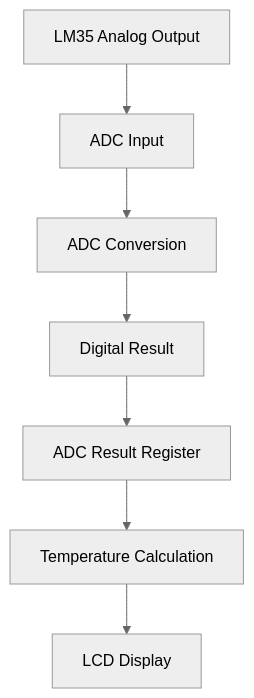
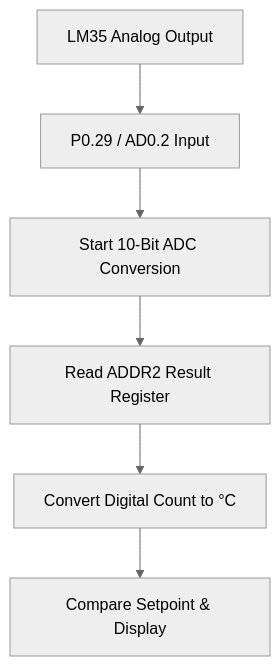
One commit to maghambhanu/LPC2148-Industrial-Environment-Monitor changed the third of 10 diagrams in README.md. Above: the diagram before and after it, drawn with Mermaid (neutral theme). The commit also changed other lines of this file, not shown here.

````diff
--- a/README.md
+++ b/README.md
@@ -149,9 +154,8 @@
 ```mermaid
 flowchart TD
-    A[LM35 Analog Output] --> B[ADC Input]
-    B --> C[ADC Conversion]
-    C --> D[Digital Result]
-    D --> E[ADC Result Register]
-    E --> F[Temperature Calculation]
-    F --> G[LCD Display]
+    A[LM35 Analog Output] --> B[P0.29 / AD0.2 Input]
+    B --> C[Start 10-Bit ADC Conversion]
+    C --> D[Read ADDR2 Result Register]
+    D --> E[Convert Digital Count to °C]
+    E --> F[Compare Setpoint & Display]
 ```
````
